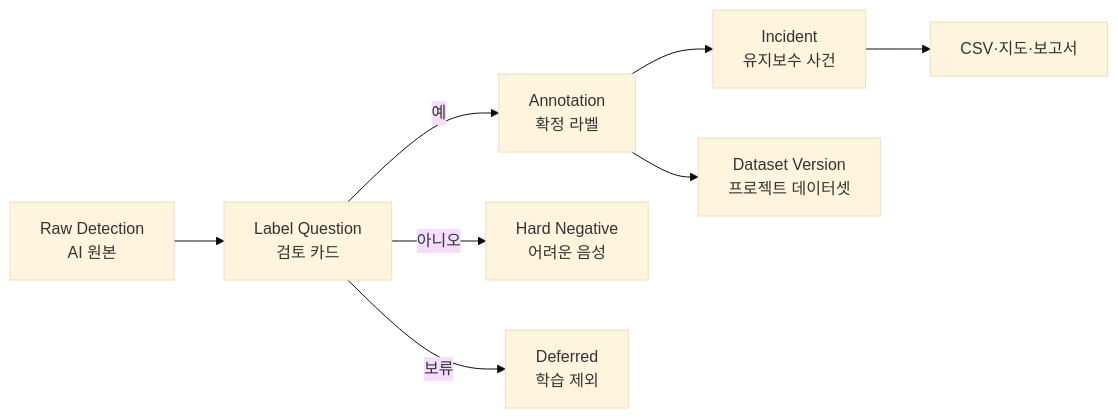
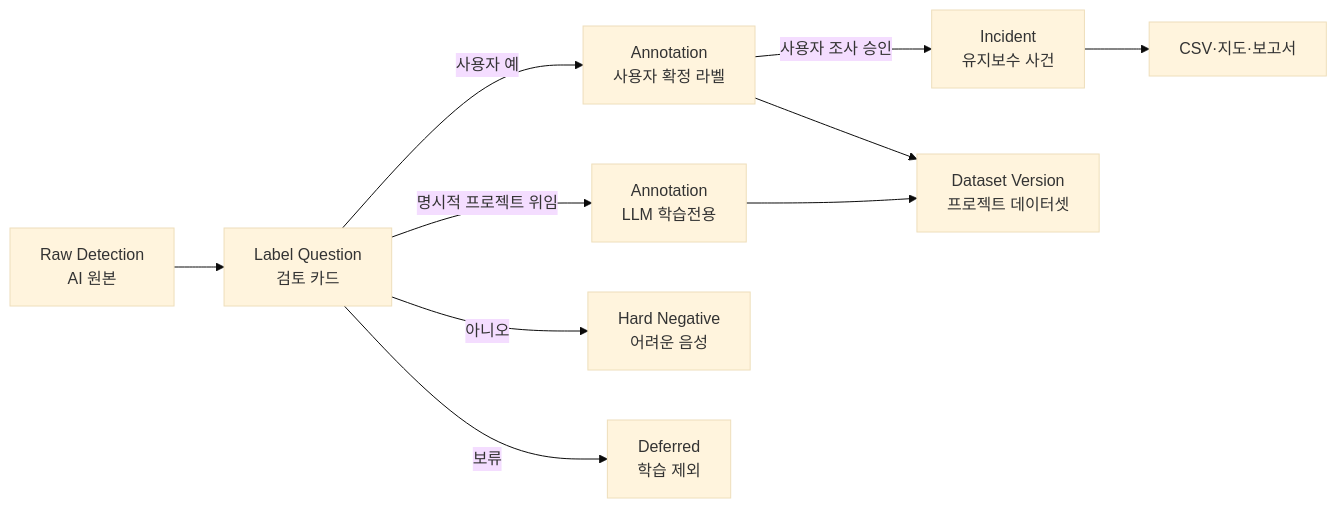
The third of 3 diagrams in TRAFFIC_SUPER_VISION_AI_LABELING_WORKFLOW.md (imonkfcwifi/TrafficVisson), drawn with Mermaid (base theme) before and after one commit. The commit also changed other lines of this file and 281 other files, not shown here.

````diff
--- a/TRAFFIC_SUPER_VISION_AI_LABELING_WORKFLOW.md
+++ b/TRAFFIC_SUPER_VISION_AI_LABELING_WORKFLOW.md
@@ -422,10 +503,12 @@
 ```mermaid
 flowchart LR
     A["Raw Detection<br/>AI 원본"] --> B["Label Question<br/>검토 카드"]
-    B -->|"예"| C["Annotation<br/>확정 라벨"]
+    B -->|"사용자 예"| C["Annotation<br/>사용자 확정 라벨"]
+    B -->|"명시적 프로젝트 위임"| L["Annotation<br/>LLM 학습전용"]
     B -->|"아니오"| D["Hard Negative<br/>어려운 음성"]
     B -->|"보류"| E["Deferred<br/>학습 제외"]
-    C --> F["Incident<br/>유지보수 사건"]
+    C -->|"사용자 조사 승인"| F["Incident<br/>유지보수 사건"]
     C --> G["Dataset Version<br/>프로젝트 데이터셋"]
+    L --> G
     F --> H["CSV·지도·보고서"]
 ```
````
